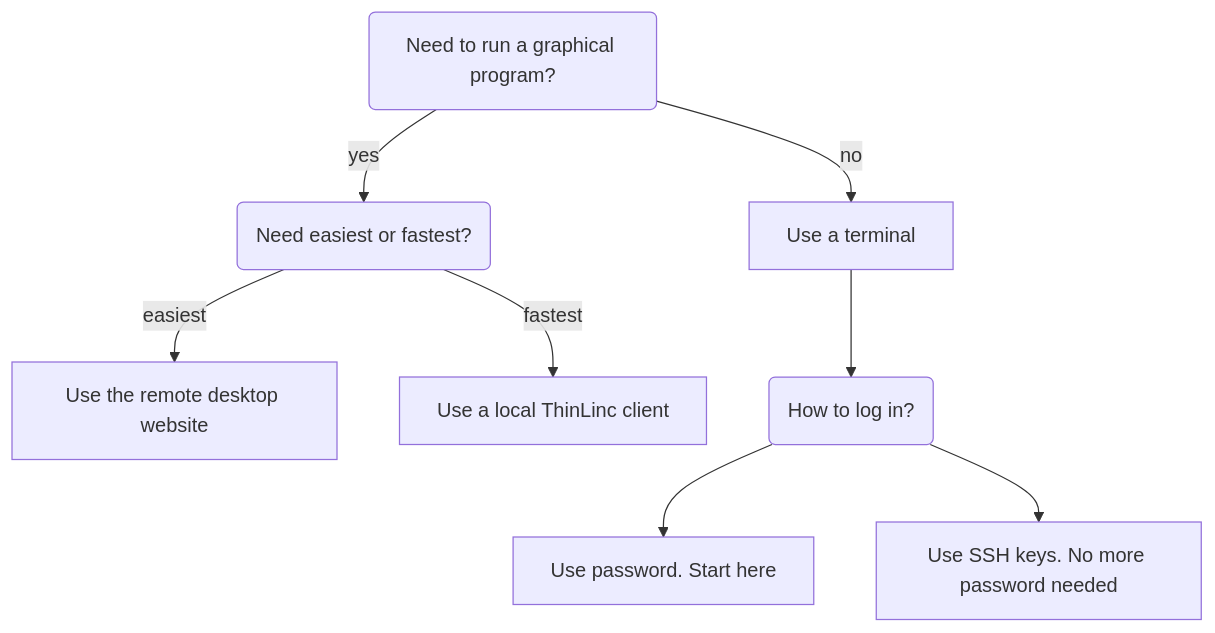
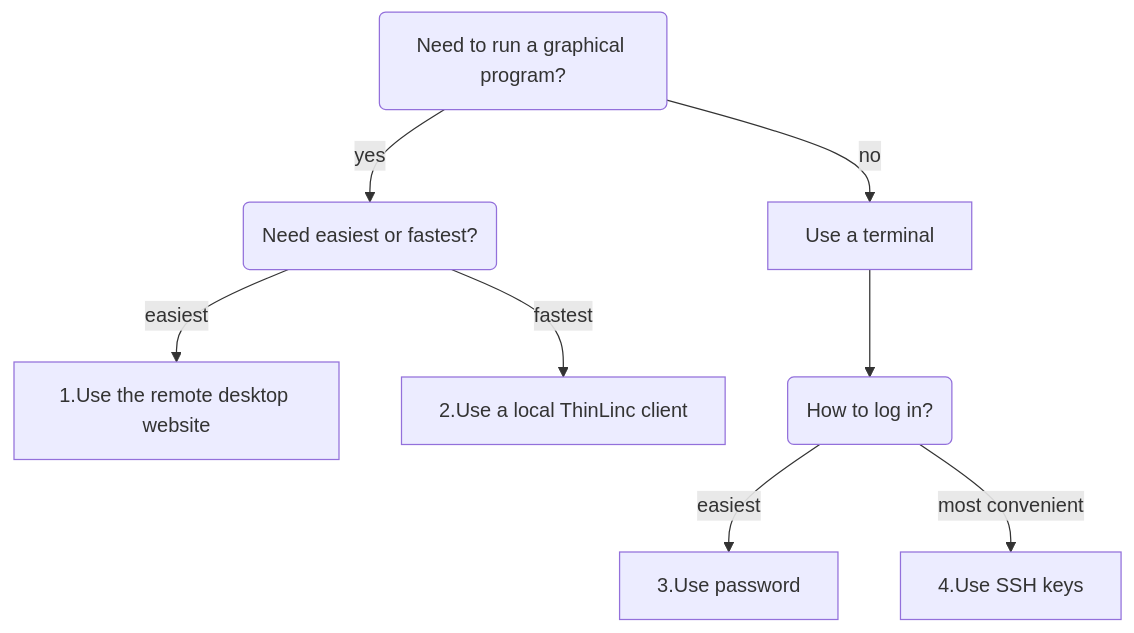
One commit to UPPMAX/UPPMAX-documentation changed the diagram in docs/getting_started/login_pelle.md. Above: the diagram before and after it, drawn with Mermaid. The commit also changed other lines of this file, not shown here.

Commit message:
Number options, so user can connect these better

````diff
--- a/docs/getting_started/login_pelle.md
+++ b/docs/getting_started/login_pelle.md
@@ -46,22 +46,22 @@
 ```mermaid
 flowchart TD
   need_gui(Need to run a graphical program?)
   use_terminal[Use a terminal]
-  use_website[Use the remote desktop website]
+  use_website[1.Use the remote desktop website]
   need_easy_or_speedy(Need easiest or fastest?)
-  use_local[Use a local ThinLinc client]
+  use_local[2.Use a local ThinLinc client]
 
   need_gui --> |no| use_terminal
   need_gui --> |yes| need_easy_or_speedy
   need_easy_or_speedy --> |easiest| use_website
   need_easy_or_speedy --> |fastest| use_local
 
   how_login(How to log in?)
 
-  use_password[Use password. Start here]
-  use_ssh_keys[Use SSH keys. No more password needed]
+  use_password[3.Use password]
+  use_ssh_keys[4.Use SSH keys]
 
   use_terminal --> how_login
-  how_login --> use_password
-  how_login --> use_ssh_keys
+  how_login --> |easiest| use_password
+  how_login --> |most convenient| use_ssh_keys
 ```
````
